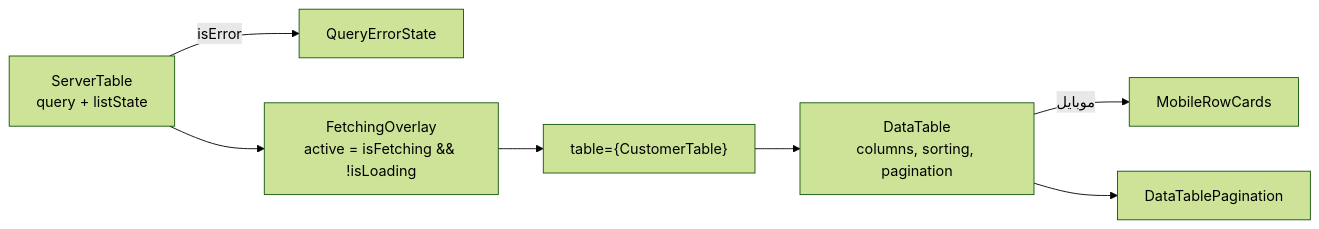
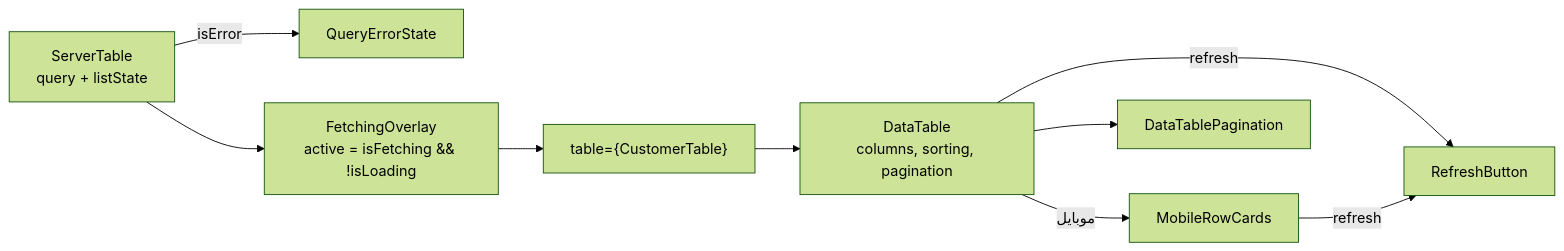
Before and after one commit to Mr0Hadi/OurERP: the diagram in Frontend/docs/architecture/10-shared-components-catalog.md, drawn with Mermaid (forest theme). The commit also changed other lines of this file and 25 other files, not shown here.

First line of the commit message:
Refresh button on every list and table

````diff
--- a/Frontend/docs/architecture/10-shared-components-catalog.md
+++ b/Frontend/docs/architecture/10-shared-components-catalog.md
@@ -26,9 +26,11 @@
 ```mermaid
 flowchart LR
   ST["ServerTable<br/>query + listState"] -->|isError| QE[QueryErrorState]
   ST --> FO["FetchingOverlay<br/>active = isFetching && !isLoading"]
   FO --> T["table={CustomerTable}"]
   T --> DT["DataTable<br/>columns, sorting, pagination"]
   DT -->|موبایل| MR[MobileRowCards]
   DT --> DP[DataTablePagination]
+  DT -->|refresh| RB[RefreshButton]
+  MR -->|refresh| RB
 ```
````
